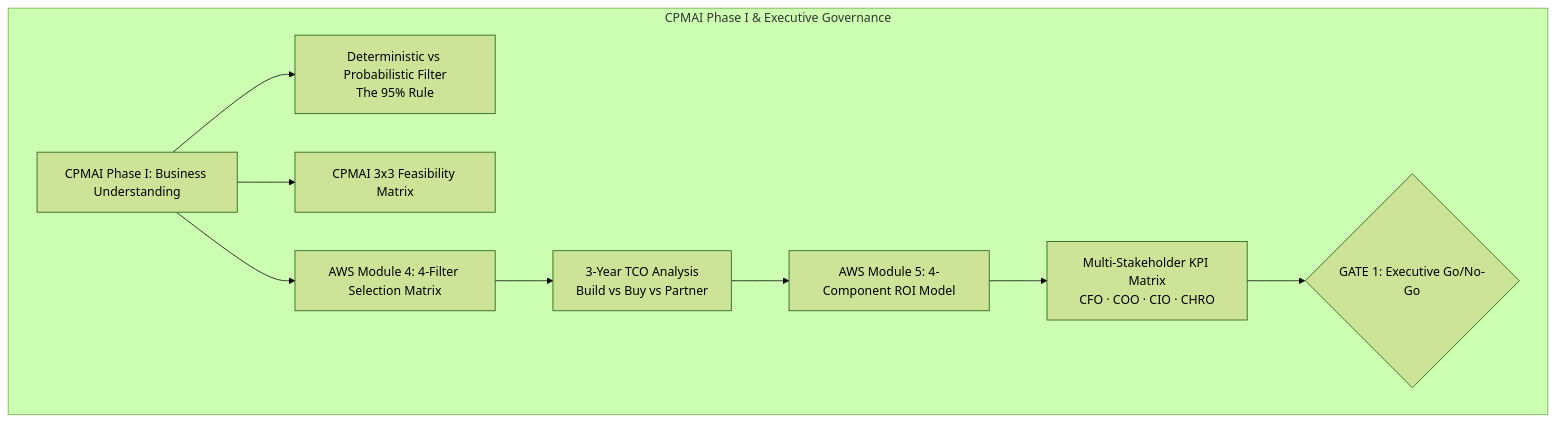
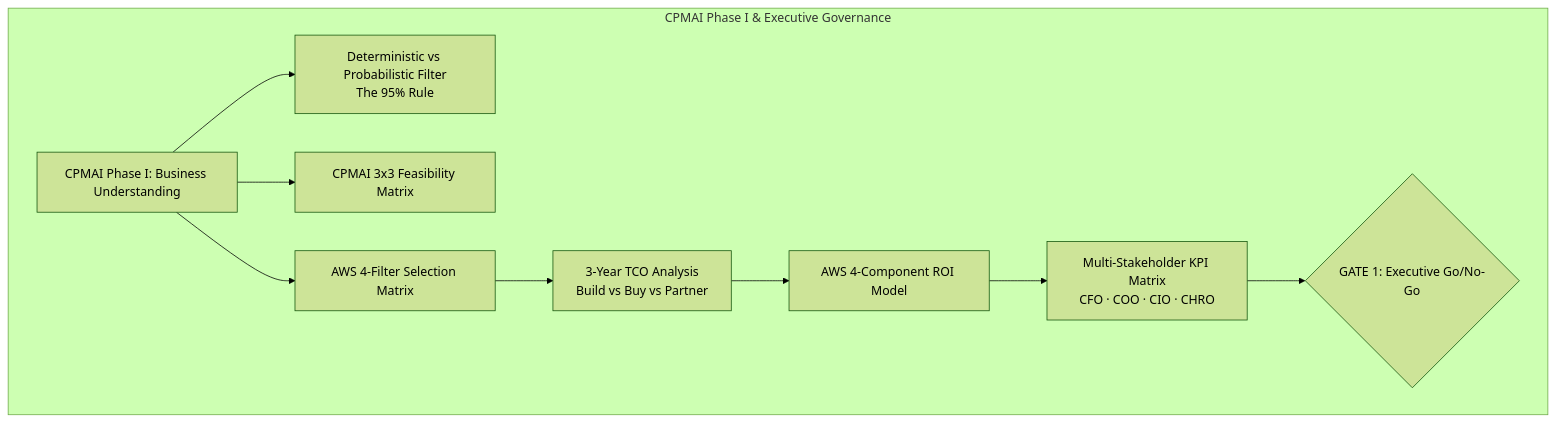
The diagram in README.md (maralackdavid/maralackdavid), drawn with Mermaid (forest theme) before and after one commit.

Commit message:
Update AWS module references in README

````diff
--- a/README.md
+++ b/README.md
@@ -19,13 +19,13 @@
 ```mermaid
 graph TD
     subgraph CPMAI Phase I & Executive Governance
         BN[CPMAI Phase I: Business Understanding] --> DetFilter[Deterministic vs Probabilistic Filter\nThe 95% Rule]
         BN --> Feas[CPMAI 3x3 Feasibility Matrix]
-        BN --> Alignment[AWS Module 4: 4-Filter Selection Matrix]
+        BN --> Alignment[AWS 4-Filter Selection Matrix]
         
         Alignment --> TCO[3-Year TCO Analysis\nBuild vs Buy vs Partner]
-        TCO --> ROI[AWS Module 5: 4-Component ROI Model]
+        TCO --> ROI[AWS 4-Component ROI Model]
         ROI --> KPI[Multi-Stakeholder KPI Matrix\nCFO · COO · CIO · CHRO]
         KPI --> Gate1{GATE 1: Executive Go/No-Go}
     end
 ```
````
